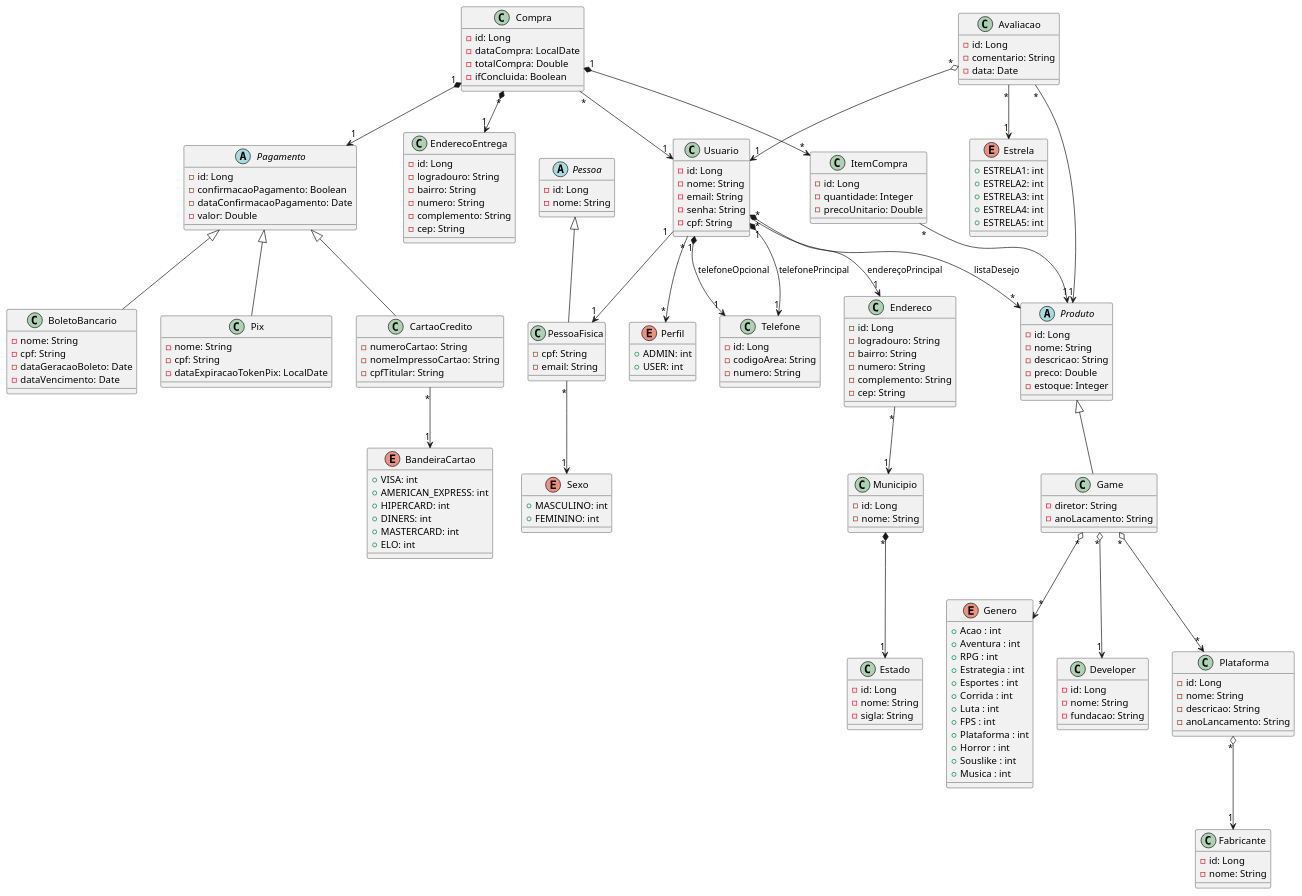
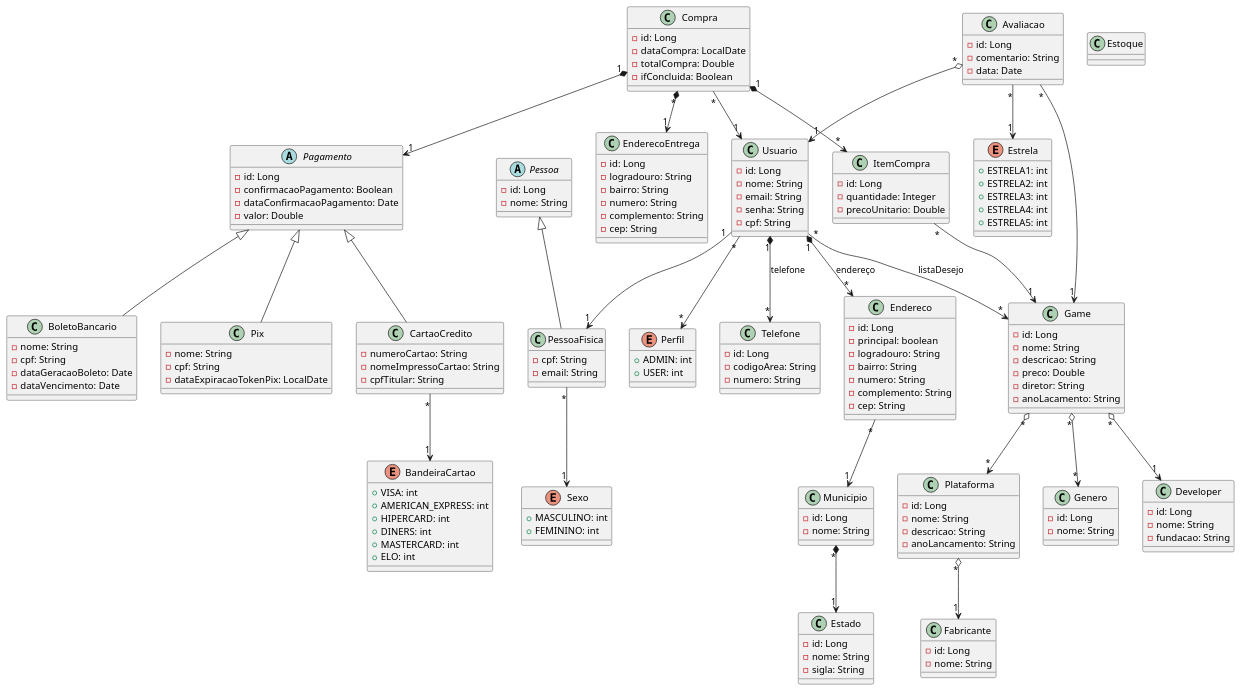
Before and after one commit to alvesluis311/ProjetoECommerce: the diagram in Games.plantuml, drawn with PlantUML.

```diff
--- a/Games.plantuml
+++ b/Games.plantuml
@@ -1,33 +1,23 @@
 @startuml Games-eCommerce
 
-    abstract class Produto {
+    class Game {
 
         - id: Long
         - nome: String
         - descricao: String
         - preco: Double
-        - estoque: Integer
-    }
-
-    class Game {
-
         - diretor: String
         - anoLacamento: String
     }
 
-    enum Genero {
-        + Acao : int
-        + Aventura : int
-        + RPG : int
-        + Estrategia : int
-        + Esportes : int
-        + Corrida : int
-        + Luta : int
-        + FPS : int
-        + Plataforma : int
-        + Horror : int
-        + Souslike : int
-        + Musica : int
+    class Estoque {
+        
+    }
+
+    class Genero {
+        
+        - id: Long
+        - nome: String
 }
 
     class Developer {
@@ -109,6 +99,7 @@
     class Endereco {
 
         - id: Long
+        - principal: boolean
         - logradouro: String
         - bairro: String
         - numero: String
@@ -194,8 +185,6 @@
         - id: Long
         - nome: String
     }
-
-    Game -up-|> Produto
     Game "*" o--> "*" Genero
     Game "*" o--> "1" Developer
     Game "*" o--> "*" Plataforma
@@ -212,12 +201,11 @@
 
     Usuario "1" --> "1" PessoaFisica
     Usuario "*" --> "*" Perfil
-    Usuario "*" --> "*" Produto: listaDesejo
-    Usuario "1" *--> "1" Telefone: telefonePrincipal
-    Usuario "1" *--> "1" Telefone: telefoneOpcional
-    Usuario "*" *--> "1" Endereco: endereçoPrincipal
+    Usuario "*" --> "*" Game: listaDesejo
+    Usuario "1" *--> "*" Telefone: telefone
+    Usuario "1" *--> "*" Endereco: endereço
 
-    ItemCompra "*" --> "1" Produto
+    ItemCompra "*" --> "1" Game
 
     BoletoBancario -up-|> Pagamento
 
@@ -233,5 +221,5 @@
 
     Avaliacao "*" --> "1" Estrela
     Avaliacao "*" o--> "1" Usuario
-    Avaliacao "*" --> "1" Produto
+    Avaliacao "*" --> "1" Game
 @enduml
```
